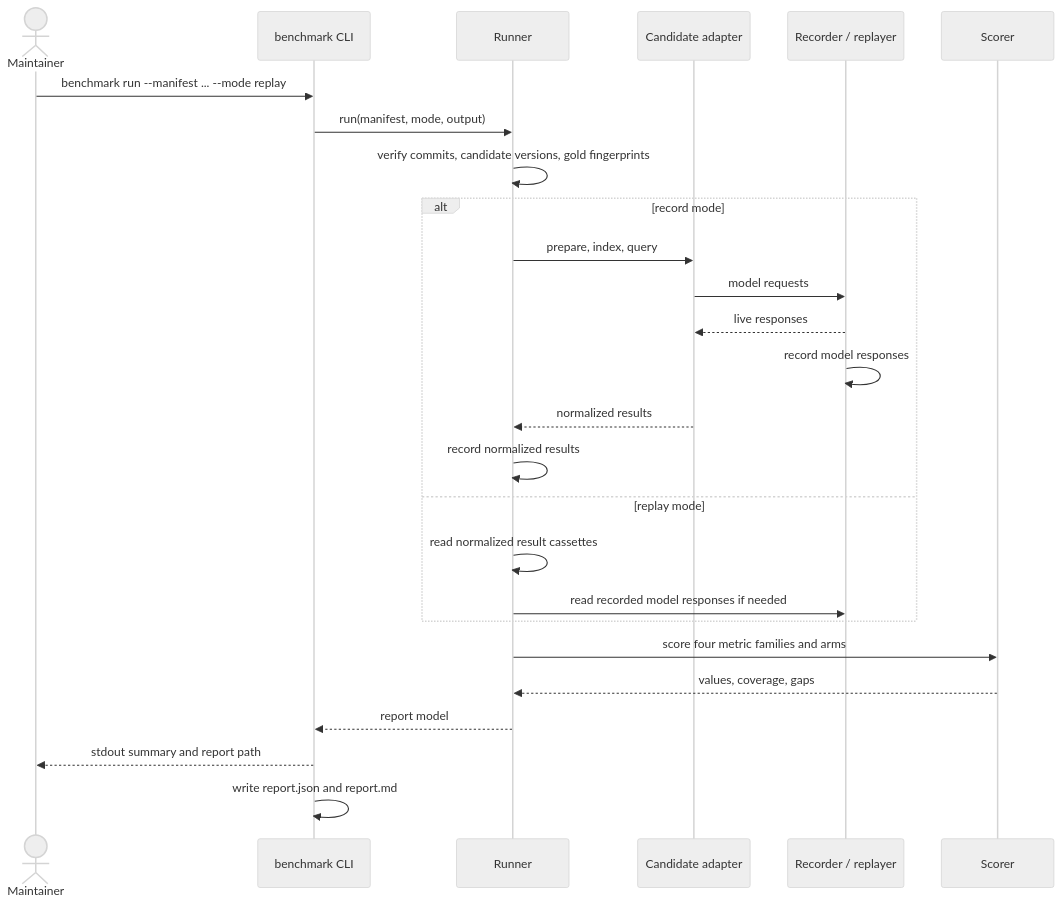
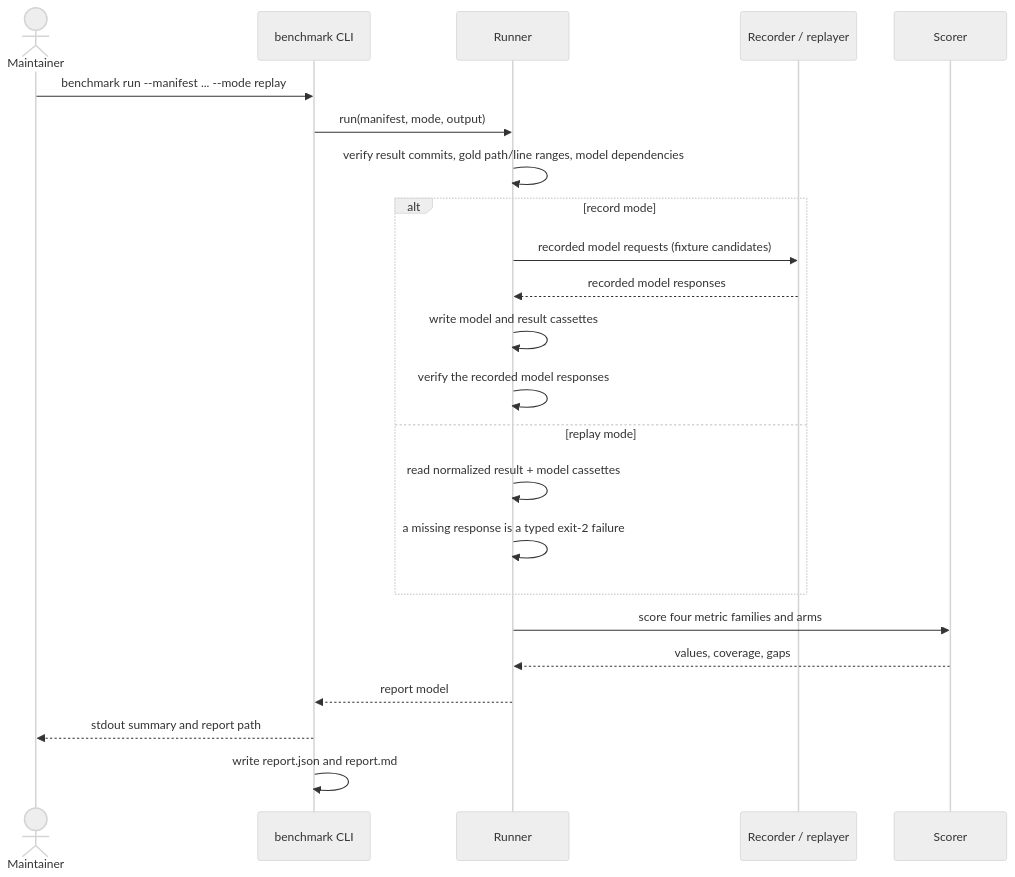
Before and after one commit to kressnerd/ortsinn: the second of 2 diagrams in givn/changes/benchmark-gate/design.md, drawn with Mermaid (neutral theme). The commit also changed other lines of this file and 29 other files, not shown here.

First line of the commit message:
docs(benchmark): record the fixture split and hardened review

````diff
--- a/givn/changes/benchmark-gate/design.md
+++ b/givn/changes/benchmark-gate/design.md
@@ -182,28 +203,25 @@
 ```mermaid
 sequenceDiagram
     actor M as Maintainer
     participant CLI as benchmark CLI
     participant R as Runner
-    participant A as Candidate adapter
     participant P as Recorder / replayer
     participant S as Scorer
     M->>CLI: benchmark run --manifest ... --mode replay
     CLI->>R: run(manifest, mode, output)
-    R->>R: verify commits, candidate versions, gold fingerprints
+    R->>R: verify result commits, gold path/line ranges, model dependencies
     alt record mode
-        R->>A: prepare, index, query
-        A->>P: model requests
-        P-->>A: live responses
-        P->>P: record model responses
-        A-->>R: normalized results
-        R->>R: record normalized results
+        R->>P: recorded model requests (fixture candidates)
+        P-->>R: recorded model responses
+        R->>R: write model and result cassettes
+        R->>R: verify the recorded model responses
     else replay mode
-        R->>R: read normalized result cassettes
-        R->>P: read recorded model responses if needed
+        R->>R: read normalized result + model cassettes
+        R->>R: a missing response is a typed exit-2 failure
     end
     R->>S: score four metric families and arms
     S-->>R: values, coverage, gaps
     R-->>CLI: report model
     CLI-->>M: stdout summary and report path
     CLI->>CLI: write report.json and report.md
 ```
````
